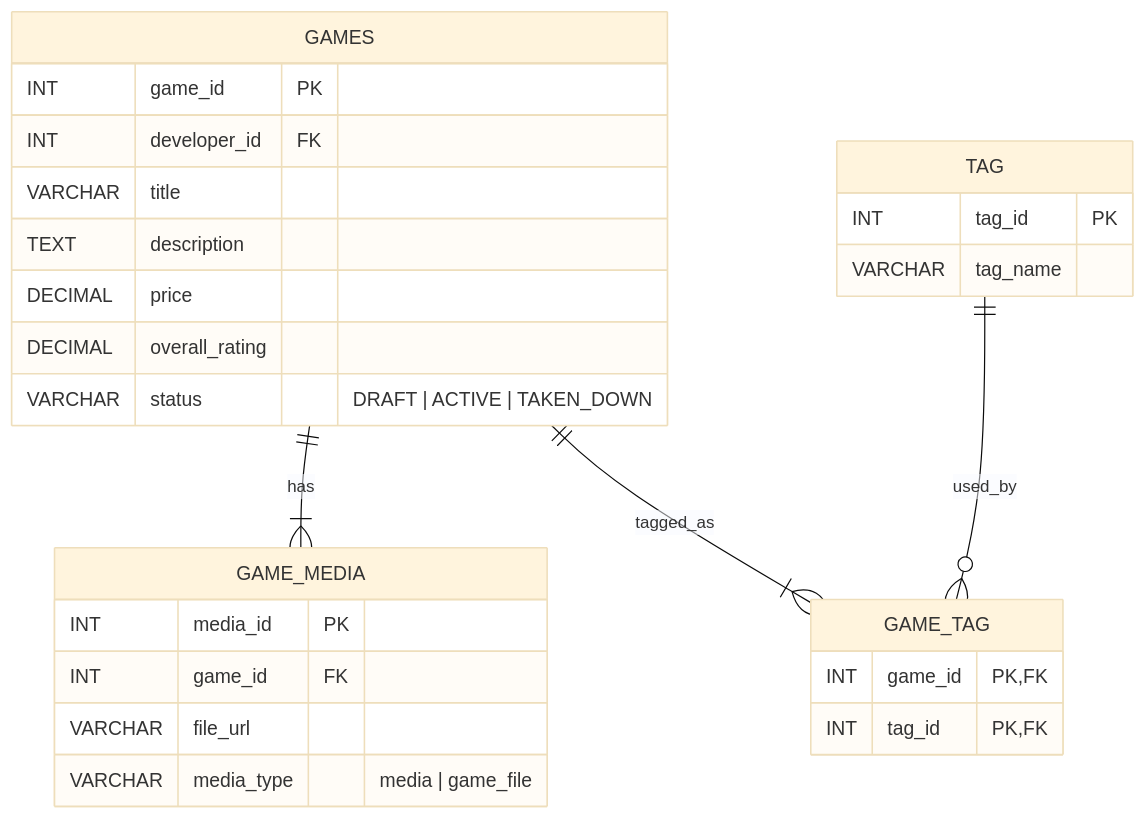
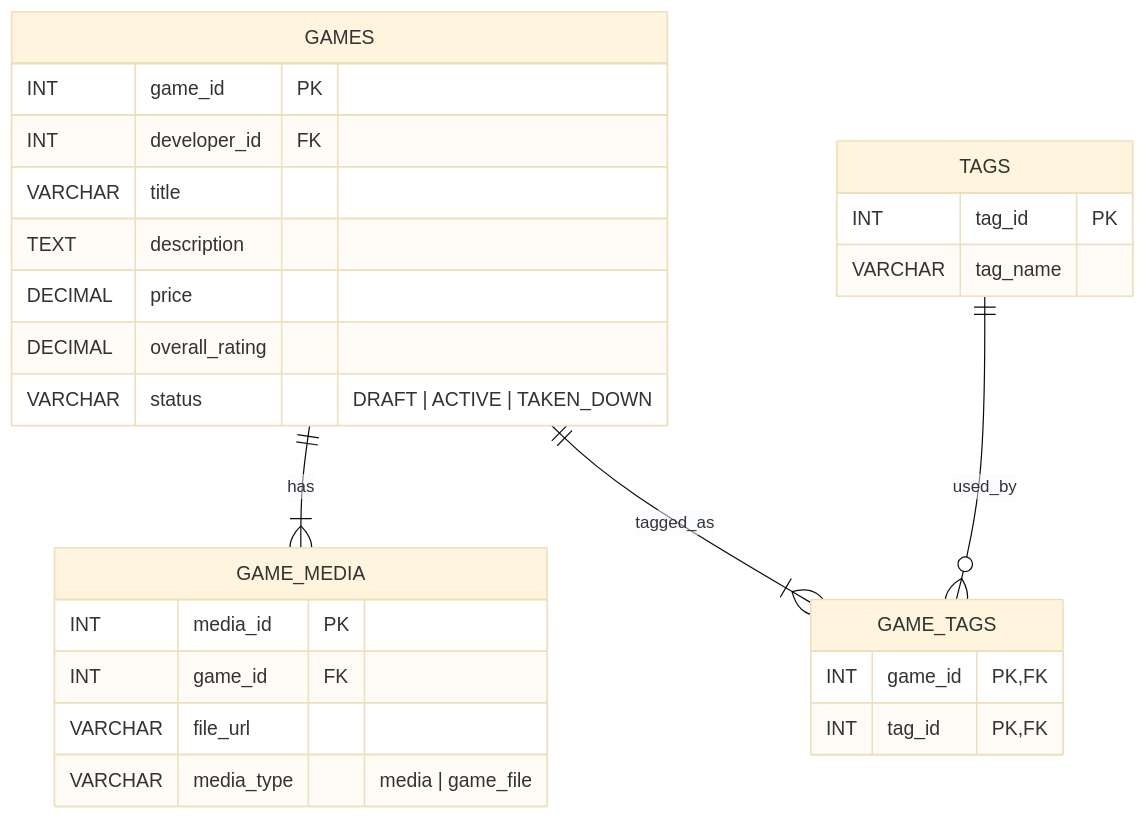
Before and after one commit to willie6666/dbms: the diagram in mermaid/mermaid_modules/02_Game_Tag_Media.mermaid, drawn with Mermaid (base theme). The commit also changed 10 other files, not shown here.

Commit message:
feat: add entity relationship diagram for gaming platform database schema

```diff
--- a/mermaid/mermaid_modules/02_Game_Tag_Media.mermaid
+++ b/mermaid/mermaid_modules/02_Game_Tag_Media.mermaid
@@ -1,28 +1,28 @@
 erDiagram
     GAMES {
         INT game_id PK
         INT developer_id FK
         VARCHAR title
         TEXT description
         DECIMAL price
         DECIMAL overall_rating
         VARCHAR status "DRAFT | ACTIVE | TAKEN_DOWN"
     }
-    TAG {
+    TAGS {
         INT tag_id PK
         VARCHAR tag_name
     }
-    GAME_TAG {
+    GAME_TAGS {
         INT game_id PK, FK
         INT tag_id PK, FK
     }
     GAME_MEDIA {
         INT media_id PK
         INT game_id FK
         VARCHAR file_url
         VARCHAR media_type "media | game_file"
     }
 
     GAMES ||--|{ GAME_MEDIA : has
-    GAMES ||--|{ GAME_TAG : tagged_as
-    TAG ||--o{ GAME_TAG : used_by
+    GAMES ||--|{ GAME_TAGS : tagged_as
+    TAGS ||--o{ GAME_TAGS : used_by
```
